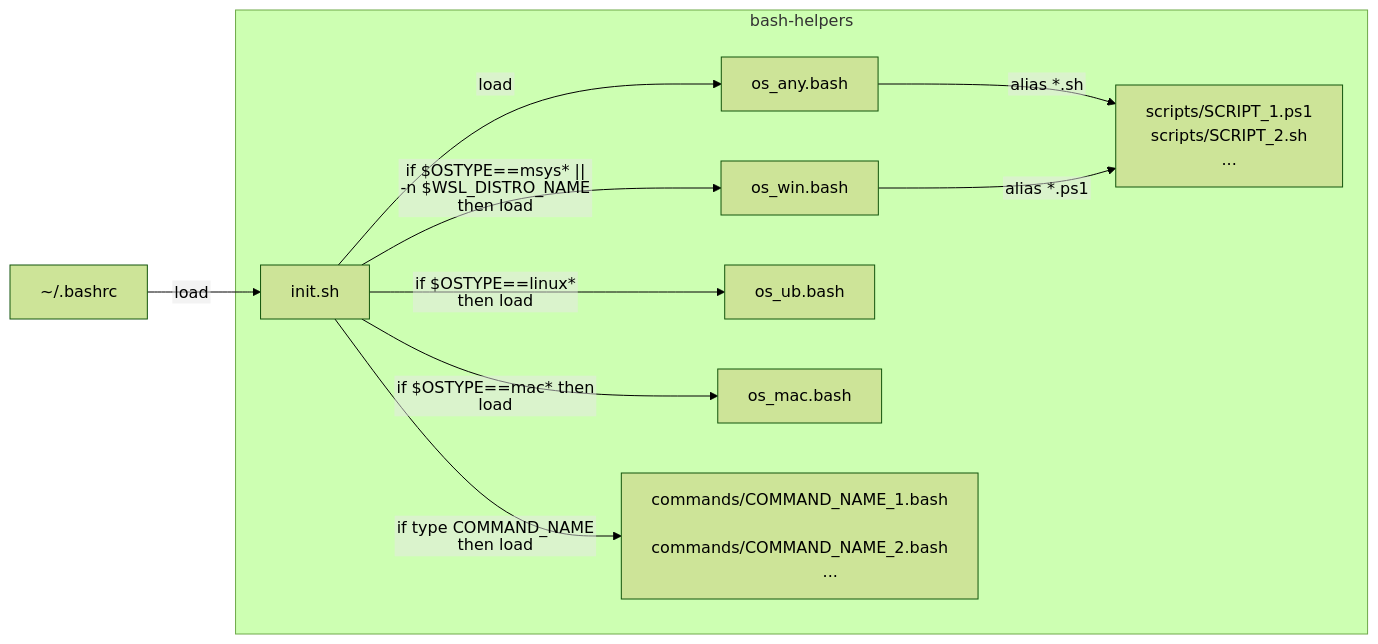
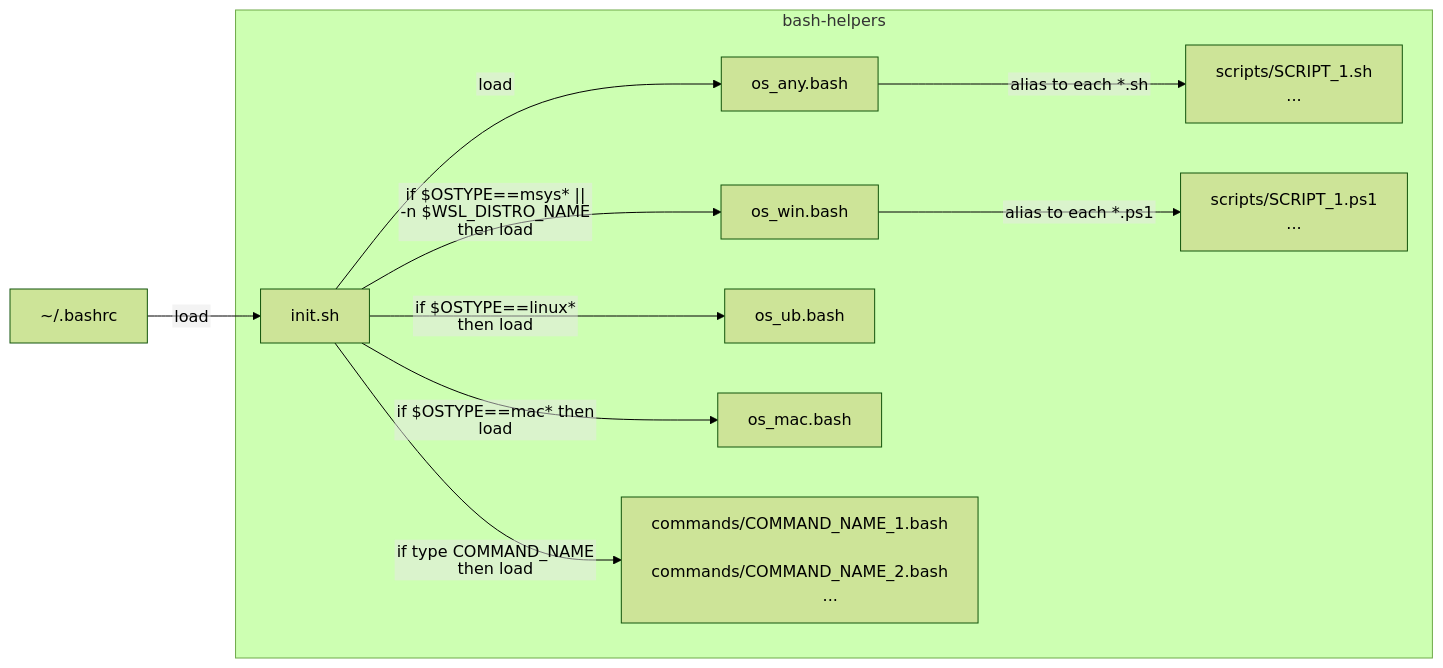
Before and after one commit to alanlivio/ps-sh-helpers: the diagram in README.md, drawn with Mermaid (forest theme). The commit also changed other lines of this file, not shown here.

````diff
--- a/README.md
+++ b/README.md
@@ -8,30 +8,33 @@
 ```mermaid
 %%{init: {"flowchart": {"htmlLabels": false}} }%%
 flowchart LR
     bashrc["~/.bashrc"]
     subgraph bash-helpers
         init["init.sh"]
         any["os_any.bash"]
         win["os_win.bash"]
         ubu["os_ub.bash"]
         mac["os_mac.bash"]
         command-dependent["
             commands/COMMAND_NAME_1.bash
             commands/COMMAND_NAME_2.bash
             ...
         "]
-        scripts["
+        scripts_sh["
+            scripts/SCRIPT_1.sh
+            ...
+        "]
+        scripts_ps1["
             scripts/SCRIPT_1.ps1
-            scripts/SCRIPT_2.sh
             ...
         "]
     end
     bashrc --> |"load"| init
     init --> |"load"| any
-    any --> |"alias *.sh"| scripts
-    win --> |"alias *.ps1"| scripts
+    any --> |"alias to each *.sh"| scripts_sh
+    win --> |"alias to each *.ps1"| scripts_ps1
     init --> |"if $OSTYPE==msys* || -n $WSL_DISTRO_NAME then load"| win
     init --> |"if $OSTYPE==linux* then load"| ubu
     init --> |"if $OSTYPE==mac* then load"| mac
     init --> |"if type COMMAND_NAME then load"| command-dependent
 ```
````
